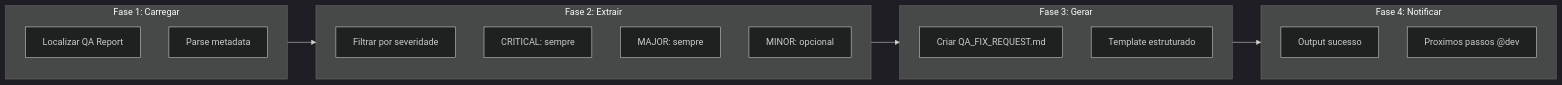
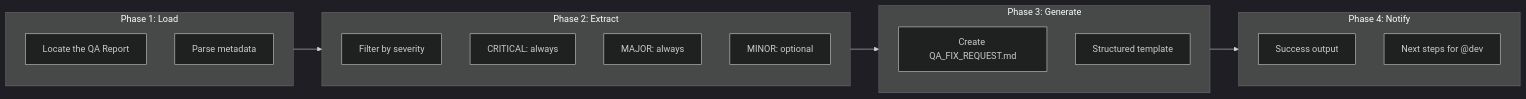
Before and after one commit to CyryxLabs/AEXOS: the seventh of 10 diagrams in docs/guides/workflows/QA-LOOP-WORKFLOW.md, drawn with Mermaid (dark theme). The commit also changed other lines of this file and 528 other files, not shown here.

````diff
--- a/docs/guides/workflows/QA-LOOP-WORKFLOW.md
+++ b/docs/guides/workflows/QA-LOOP-WORKFLOW.md
@@ -545,26 +545,26 @@
 ```mermaid
 flowchart LR
-    subgraph LOAD["Fase 1: Carregar"]
-        L1["Localizar QA Report"]
+    subgraph LOAD["Phase 1: Load"]
+        L1["Locate the QA Report"]
         L2["Parse metadata"]
     end
 
-    subgraph EXTRACT["Fase 2: Extrair"]
-        E1["Filtrar por severidade"]
-        E2["CRITICAL: sempre"]
-        E3["MAJOR: sempre"]
-        E4["MINOR: opcional"]
+    subgraph EXTRACT["Phase 2: Extract"]
+        E1["Filter by severity"]
+        E2["CRITICAL: always"]
+        E3["MAJOR: always"]
+        E4["MINOR: optional"]
     end
 
-    subgraph GENERATE["Fase 3: Gerar"]
-        G1["Criar QA_FIX_REQUEST.md"]
-        G2["Template estruturado"]
+    subgraph GENERATE["Phase 3: Generate"]
+        G1["Create QA_FIX_REQUEST.md"]
+        G2["Structured template"]
     end
 
-    subgraph NOTIFY["Fase 4: Notificar"]
-        N1["Output sucesso"]
-        N2["Proximos passos @dev"]
+    subgraph NOTIFY["Phase 4: Notify"]
+        N1["Success output"]
+        N2["Next steps for @dev"]
     end
 
     LOAD --> EXTRACT --> GENERATE --> NOTIFY
 ```
````
